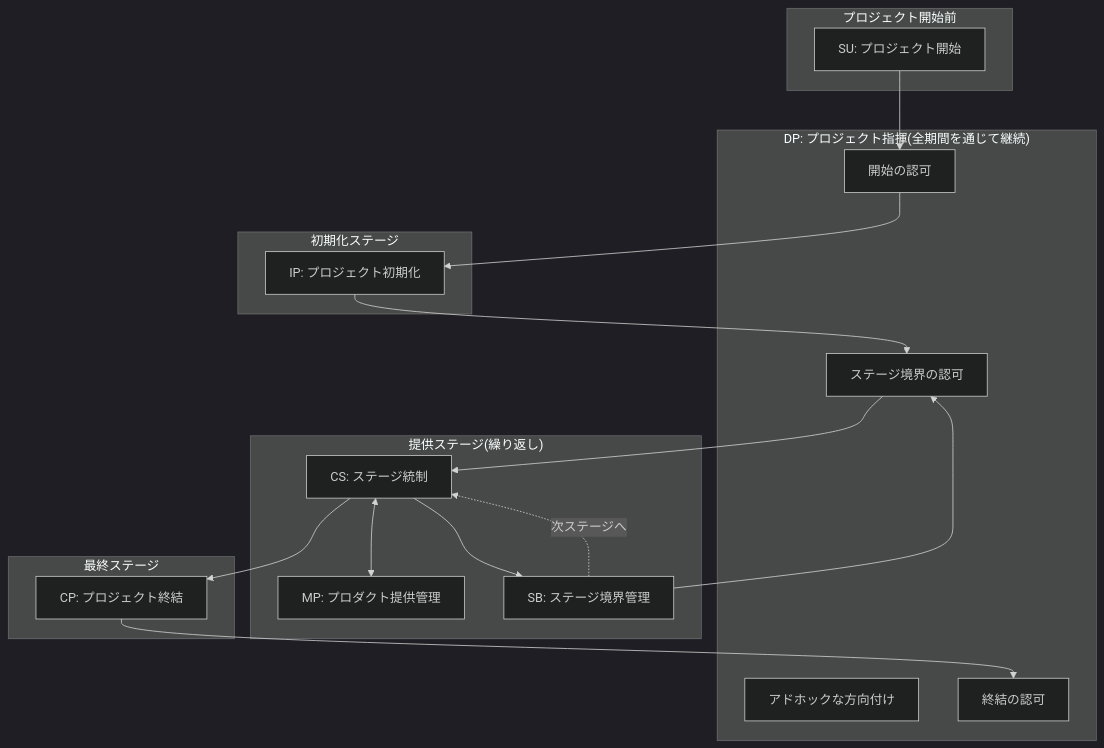
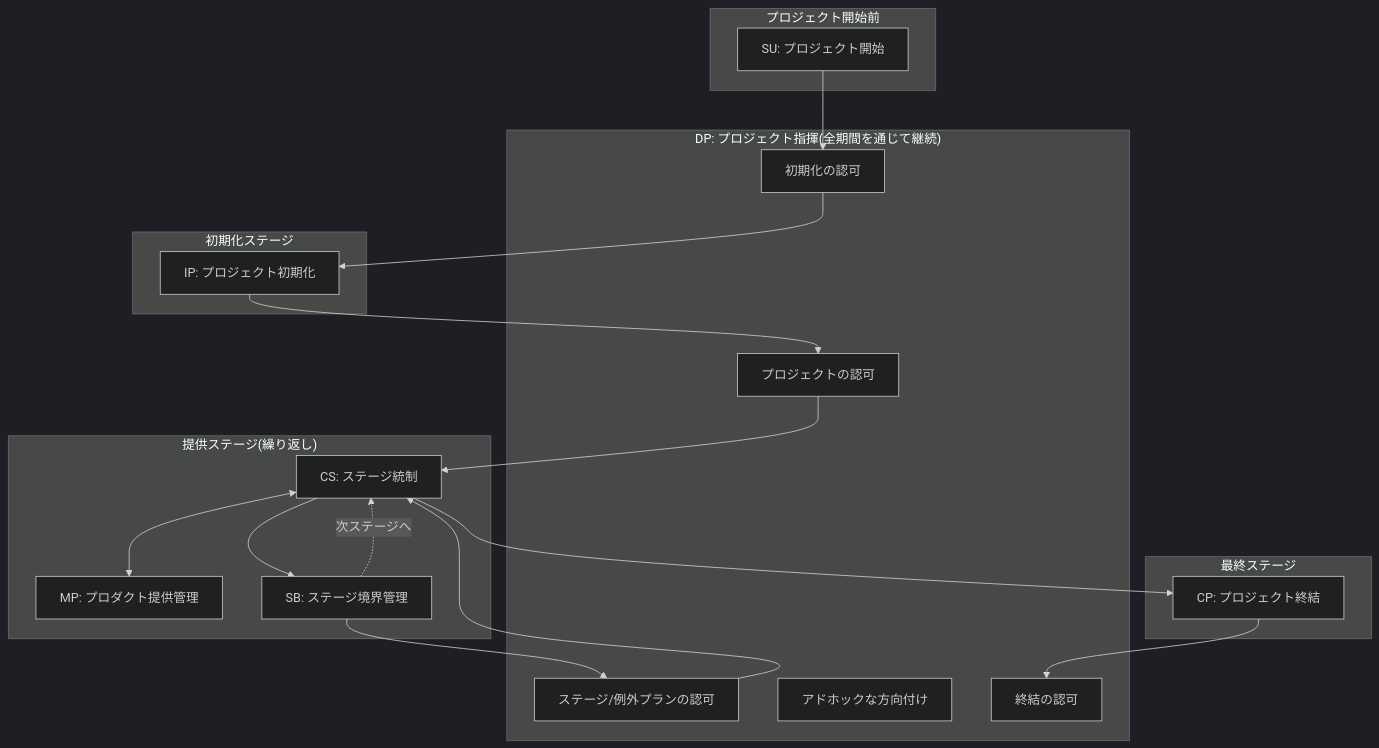
One commit to myoshi2891/Management-Team-Building-Studies changed the tenth of 10 diagrams in Prince2-7-foundation-guide.md. Above: the diagram before and after it, drawn with Mermaid (dark theme). The commit also changed other lines of this file, not shown here.

Commit message:
docs(prince2): update PRINCE2 7 Foundation guide with sustainability target and DP activities

````diff
--- a/Prince2-7-foundation-guide.md
+++ b/Prince2-7-foundation-guide.md
@@ -420,34 +420,35 @@
 ```mermaid
 flowchart TB
     subgraph PreProject["プロジェクト開始前"]
         SU["SU: プロジェクト開始"]
     end
 
     subgraph Direct["DP: プロジェクト指揮(全期間を通じて継続)"]
-        DP1["開始の認可"]
-        DP2["ステージ境界の認可"]
-        DP3["アドホックな方向付け"]
-        DP4["終結の認可"]
+        DP1["初期化の認可"]
+        DP2["プロジェクトの認可"]
+        DP3["ステージ/例外プランの認可"]
+        DP4["アドホックな方向付け"]
+        DP5["終結の認可"]
     end
 
     subgraph Initiation["初期化ステージ"]
         IP["IP: プロジェクト初期化"]
     end
 
     subgraph Delivery["提供ステージ(繰り返し)"]
         CS["CS: ステージ統制"]
         MP["MP: プロダクト提供管理"]
         SB["SB: ステージ境界管理"]
         CS <--> MP
         CS --> SB
     end
 
     subgraph FinalStage["最終ステージ"]
         CP["CP: プロジェクト終結"]
     end
 
     SU --> DP1 --> IP --> DP2 --> CS
-    SB --> DP2
+    SB --> DP3 --> CS
     SB -.->|次ステージへ| CS
-    CS --> CP --> DP4
+    CS --> CP --> DP5
 ```
````
